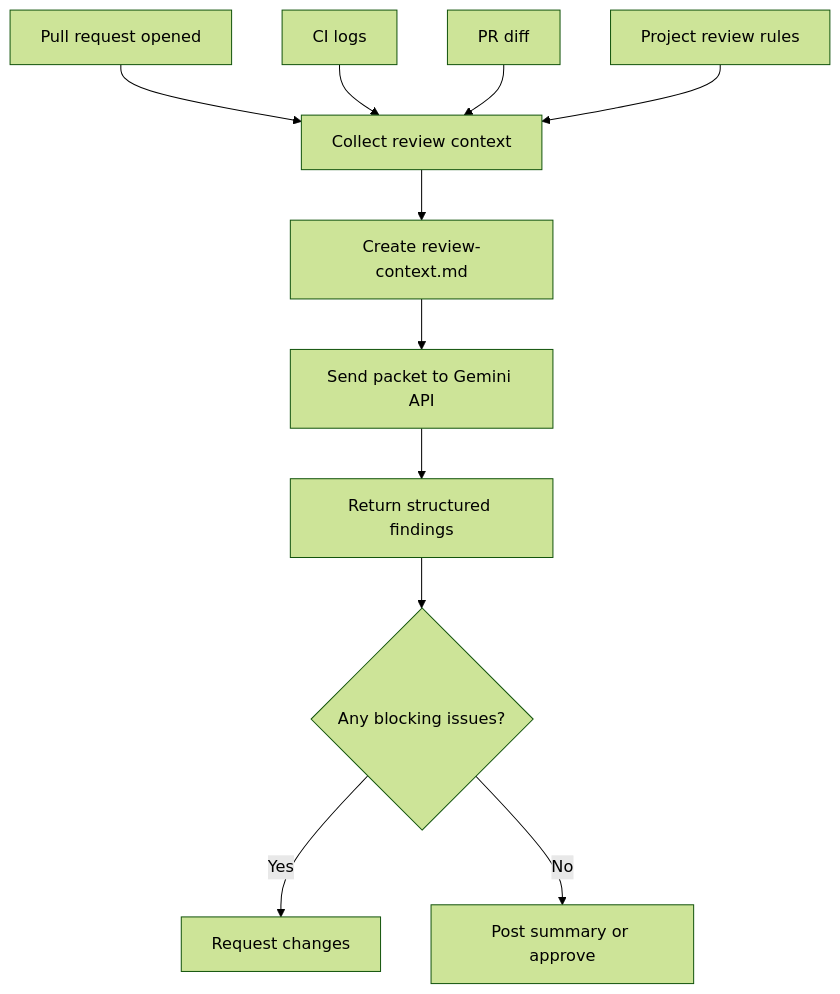
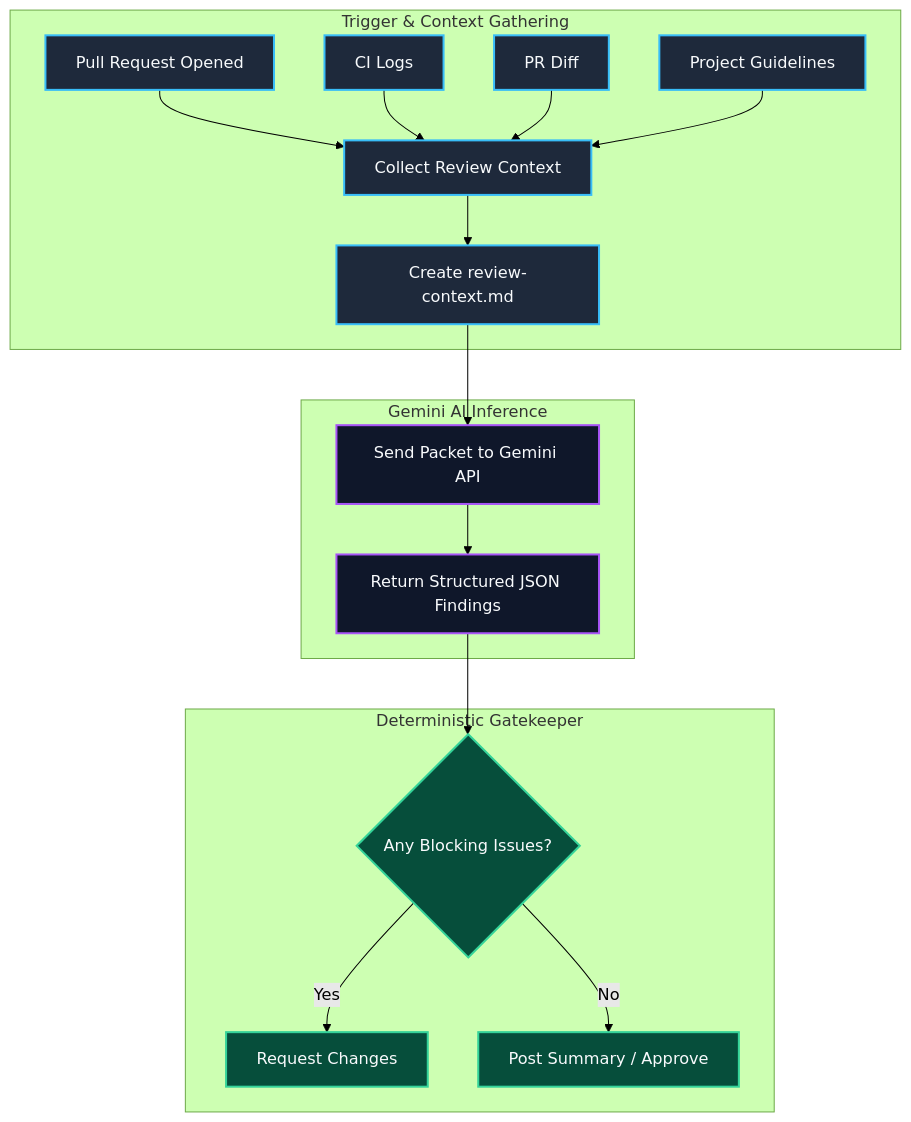
Before and after one commit to arii/portfolio: the diagram in src/content/research/gitops-pr-reviewer.md, drawn with Mermaid (forest theme). The commit also changed 5 other files, not shown here.

First line of the commit message:
Polish Mermaid diagrams across research articles

````diff
--- a/src/content/research/gitops-pr-reviewer.md
+++ b/src/content/research/gitops-pr-reviewer.md
@@ -18,16 +18,29 @@
 ```mermaid
 flowchart TD
-  PR[Pull request opened] --> Collect[Collect review context]
-  Collect --> Packet[Create review-context.md]
+    subgraph Trigger_Context ["Trigger & Context Gathering"]
+        PR[Pull Request Opened] --> Collect[Collect Review Context]
+        CI[CI Logs] --> Collect
+        Diff[PR Diff] --> Collect
+        Rules[Project Guidelines] --> Collect
+        Collect --> Packet[Create review-context.md]
+    end
 
-  Packet --> Models[Send packet to Gemini API]
-  Models --> Findings[Return structured findings]
+    subgraph Inference_Orchestration ["Gemini AI Inference"]
+        Packet --> Models[Send Packet to Gemini API]
+        Models --> Findings[Return Structured JSON Findings]
+    end
 
-  Findings --> Decide{Any blocking issues?}
-  Decide -->|Yes| Changes[Request changes]
-  Decide -->|No| Summary[Post summary or approve]
+    subgraph Decision_Boundary ["Deterministic Gatekeeper"]
+        Findings --> Decide{Any Blocking Issues?}
+        Decide -->|Yes| Changes[Request Changes]
+        Decide -->|No| Summary[Post Summary / Approve]
+    end
 
-  CI[CI logs] --> Collect
-  Diff[PR diff] --> Collect
-  Rules[Project review rules] --> Collect
+    classDef trigger fill:#1e293b,stroke:#38bdf8,stroke-width:2px,color:#f8fafc;
+    classDef ai fill:#0f172a,stroke:#a855f7,stroke-width:2px,color:#f8fafc;
+    classDef gate fill:#064e3b,stroke:#34d399,stroke-width:2px,color:#f8fafc;
+
+    class PR,CI,Diff,Rules,Collect,Packet trigger;
+    class Models,Findings ai;
+    class Decide,Changes,Summary gate;
 ```
````
